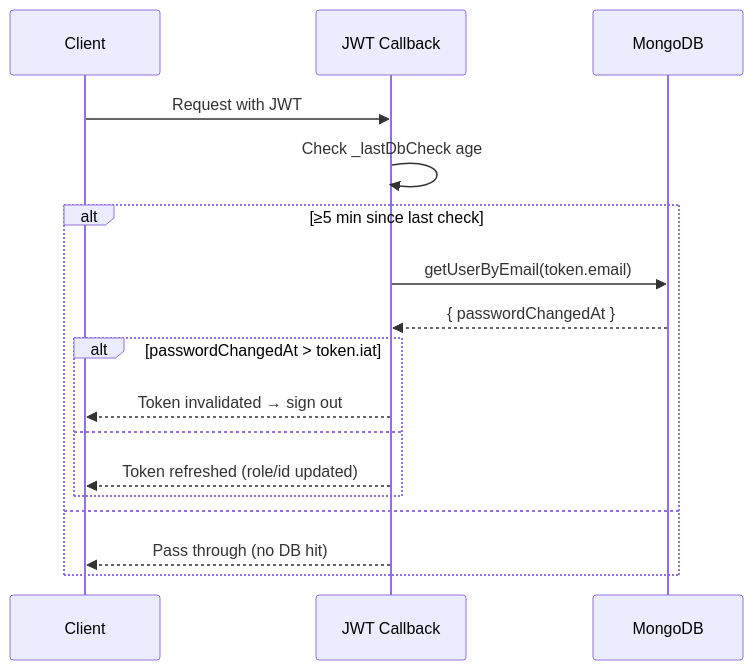
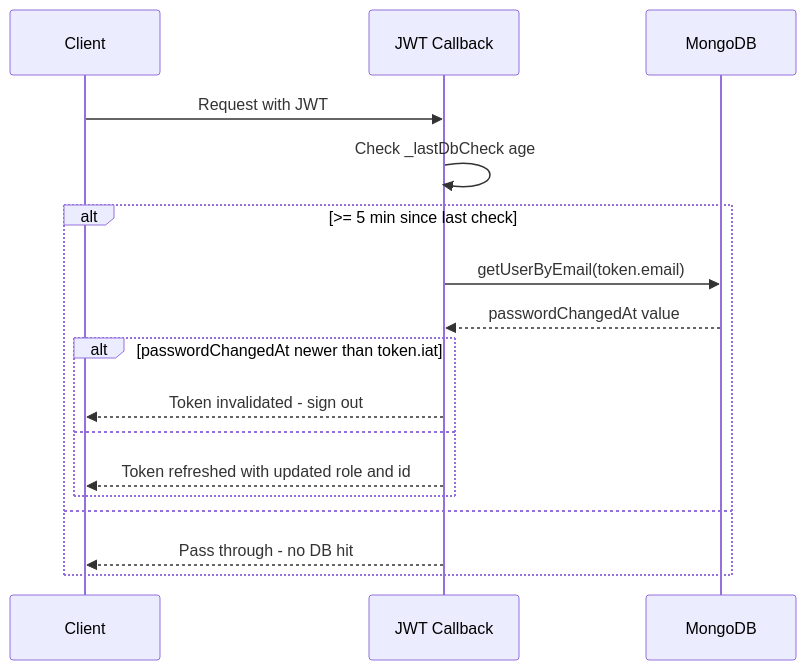
Before and after one commit to ashfakhm/laundry-ease: the third of 13 diagrams in docs/CODEBASE_UNDERSTANDING.md, drawn with Mermaid. The commit also changed other lines of this file, not shown here.

Commit message:
most of the diagrams in codebase_understanding were not rendering due to lexical error now i fixed it

````diff
--- a/docs/CODEBASE_UNDERSTANDING.md
+++ b/docs/CODEBASE_UNDERSTANDING.md
@@ -399,20 +399,20 @@
 ```mermaid
 sequenceDiagram
     participant Client
-    participant JWT Callback
+    participant JWTCallback as JWT Callback
     participant MongoDB
 
-    Client->>JWT Callback: Request with JWT
-    JWT Callback->>JWT Callback: Check _lastDbCheck age
-    alt ≥5 min since last check
-        JWT Callback->>MongoDB: getUserByEmail(token.email)
-        MongoDB-->>JWT Callback: { passwordChangedAt }
-        alt passwordChangedAt > token.iat
-            JWT Callback-->>Client: Token invalidated → sign out
+    Client->>JWTCallback: Request with JWT
+    JWTCallback->>JWTCallback: Check _lastDbCheck age
+    alt >= 5 min since last check
+        JWTCallback->>MongoDB: getUserByEmail(token.email)
+        MongoDB-->>JWTCallback: passwordChangedAt value
+        alt passwordChangedAt newer than token.iat
+            JWTCallback-->>Client: Token invalidated - sign out
         else
-            JWT Callback-->>Client: Token refreshed (role/id updated)
+            JWTCallback-->>Client: Token refreshed with updated role and id
         end
     else
-        JWT Callback-->>Client: Pass through (no DB hit)
+        JWTCallback-->>Client: Pass through - no DB hit
     end
 ```
````
